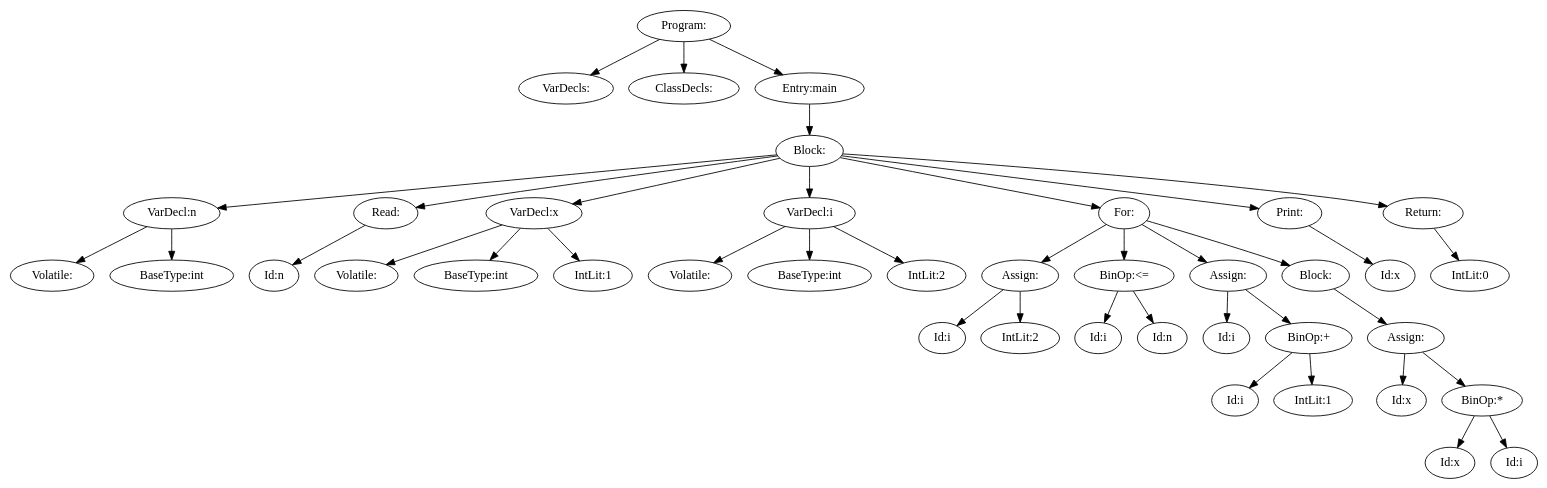
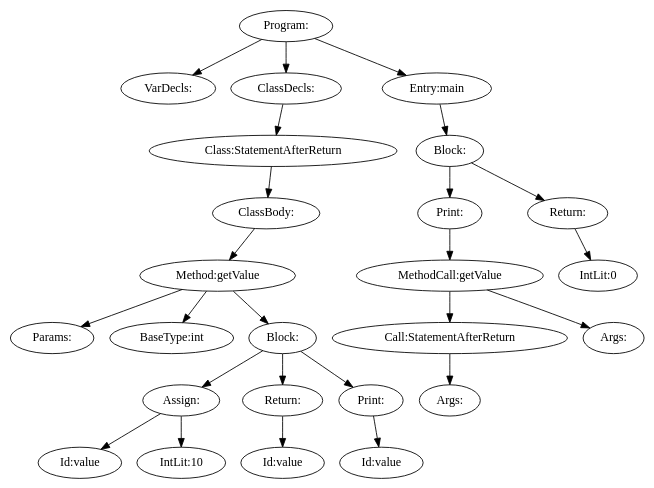
One commit to Henktorius/cplusminus changed the diagram in tree.dot. Above: the diagram before and after it, drawn with Graphviz. The commit also changed 20 other files, not shown here.

```diff
--- a/tree.dot
+++ b/tree.dot
@@ -1,81 +1,51 @@
 digraph {
 n0 [label="Program:"];
 n1 [label="VarDecls:"];
 n0 -> n1
 n2 [label="ClassDecls:"];
-n0 -> n2
-n3 [label="Entry:main"];
-n4 [label="Block:"];
-n5 [label="VarDecl:n"];
-n6 [label="Volatile:"];
+n3 [label="Class:StatementAfterReturn"];
+n4 [label="ClassBody:"];
+n5 [label="Method:getValue"];
+n6 [label="Params:"];
 n5 -> n6
 n7 [label="BaseType:int"];
 n5 -> n7
+n8 [label="Block:"];
+n9 [label="Assign:"];
+n10 [label="Id:value"];
+n9 -> n10
+n11 [label="IntLit:10"];
+n9 -> n11
+n8 -> n9
+n12 [label="Return:"];
+n13 [label="Id:value"];
+n12 -> n13
+n8 -> n12
+n14 [label="Print:"];
+n15 [label="Id:value"];
+n14 -> n15
+n8 -> n14
+n5 -> n8
 n4 -> n5
-n8 [label="Read:"];
-n9 [label="Id:n"];
-n8 -> n9
-n4 -> n8
-n10 [label="VarDecl:x"];
-n11 [label="Volatile:"];
-n10 -> n11
-n12 [label="BaseType:int"];
-n10 -> n12
-n13 [label="IntLit:1"];
-n10 -> n13
-n4 -> n10
-n14 [label="VarDecl:i"];
-n15 [label="Volatile:"];
-n14 -> n15
-n16 [label="BaseType:int"];
-n14 -> n16
-n17 [label="IntLit:2"];
-n14 -> n17
-n4 -> n14
-n18 [label="For:"];
-n19 [label="Assign:"];
-n20 [label="Id:i"];
+n3 -> n4
+n2 -> n3
+n0 -> n2
+n16 [label="Entry:main"];
+n17 [label="Block:"];
+n18 [label="Print:"];
+n19 [label="MethodCall:getValue"];
+n20 [label="Call:StatementAfterReturn"];
+n21 [label="Args:"];
+n20 -> n21
 n19 -> n20
-n21 [label="IntLit:2"];
-n19 -> n21
+n22 [label="Args:"];
+n19 -> n22
 n18 -> n19
-n22 [label="BinOp:<="];
-n23 [label="Id:i"];
-n22 -> n23
-n24 [label="Id:n"];
-n22 -> n24
-n18 -> n22
-n25 [label="Assign:"];
-n26 [label="Id:i"];
-n25 -> n26
-n27 [label="BinOp:+"];
-n28 [label="Id:i"];
-n27 -> n28
-n29 [label="IntLit:1"];
-n27 -> n29
-n25 -> n27
-n18 -> n25
-n30 [label="Block:"];
-n31 [label="Assign:"];
-n32 [label="Id:x"];
-n31 -> n32
-n33 [label="BinOp:*"];
-n34 [label="Id:x"];
-n33 -> n34
-n35 [label="Id:i"];
-n33 -> n35
-n31 -> n33
-n30 -> n31
-n18 -> n30
-n4 -> n18
-n36 [label="Print:"];
-n37 [label="Id:x"];
-n36 -> n37
-n4 -> n36
-n38 [label="Return:"];
-n39 [label="IntLit:0"];
-n38 -> n39
-n4 -> n38
-n3 -> n4
-n0 -> n3
+n17 -> n18
+n23 [label="Return:"];
+n24 [label="IntLit:0"];
+n23 -> n24
+n17 -> n23
+n16 -> n17
+n0 -> n16
 }
```
